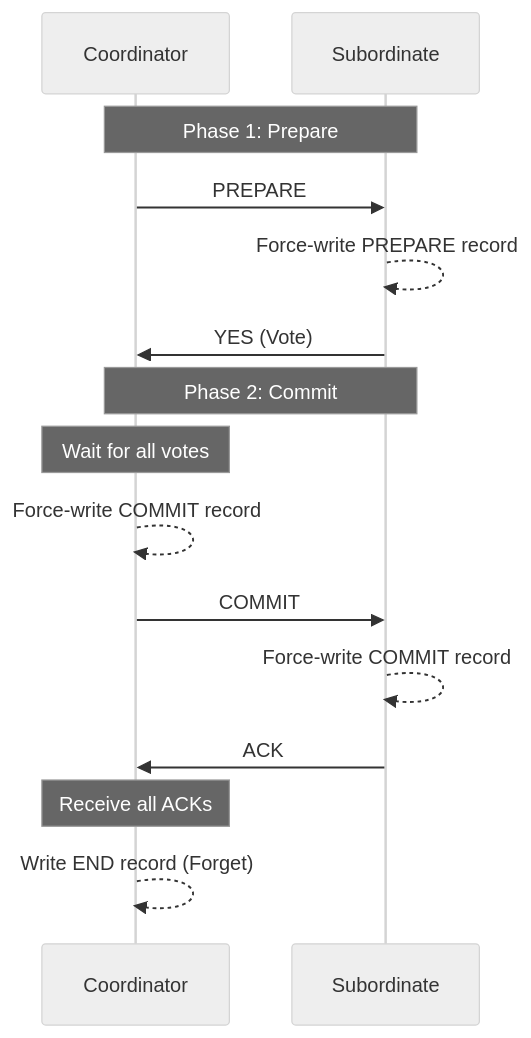
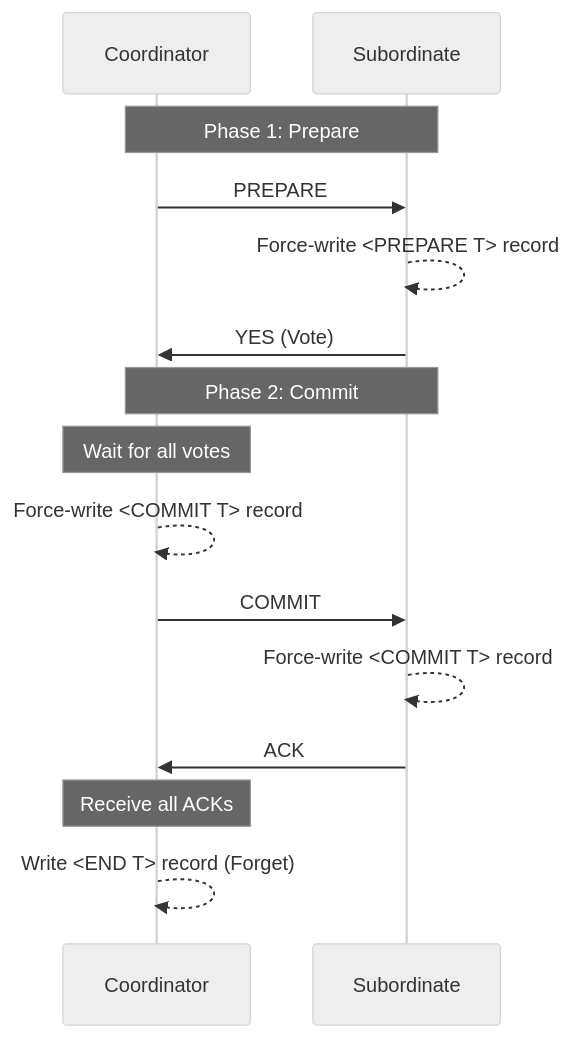
One commit to JTovalin10/uw-cse-notes changed the first of 3 diagrams in Database Internals/Distributed Systems/Two-Phase Commit.md. Above: the diagram before and after it, drawn with Mermaid (neutral theme). The commit also changed other lines of this file, not shown here.

````diff
--- a/Database Internals/Distributed Systems/Two-Phase Commit.md
+++ b/Database Internals/Distributed Systems/Two-Phase Commit.md
@@ -69,19 +59,19 @@
 ```mermaid
 sequenceDiagram
     participant C as Coordinator
     participant S as Subordinate
     
     Note over C, S: Phase 1: Prepare
     C->>S: PREPARE
-    S-->>S: Force-write PREPARE record
+    S-->>S: Force-write <PREPARE T> record
     S->>C: YES (Vote)
     
     Note over C, S: Phase 2: Commit
     Note over C: Wait for all votes
-    C-->>C: Force-write COMMIT record
+    C-->>C: Force-write <COMMIT T> record
     C->>S: COMMIT
-    S-->>S: Force-write COMMIT record
+    S-->>S: Force-write <COMMIT T> record
     S->>C: ACK
     Note over C: Receive all ACKs
-    C-->>C: Write END record (Forget)
+    C-->>C: Write <END T> record (Forget)
 ```
````
